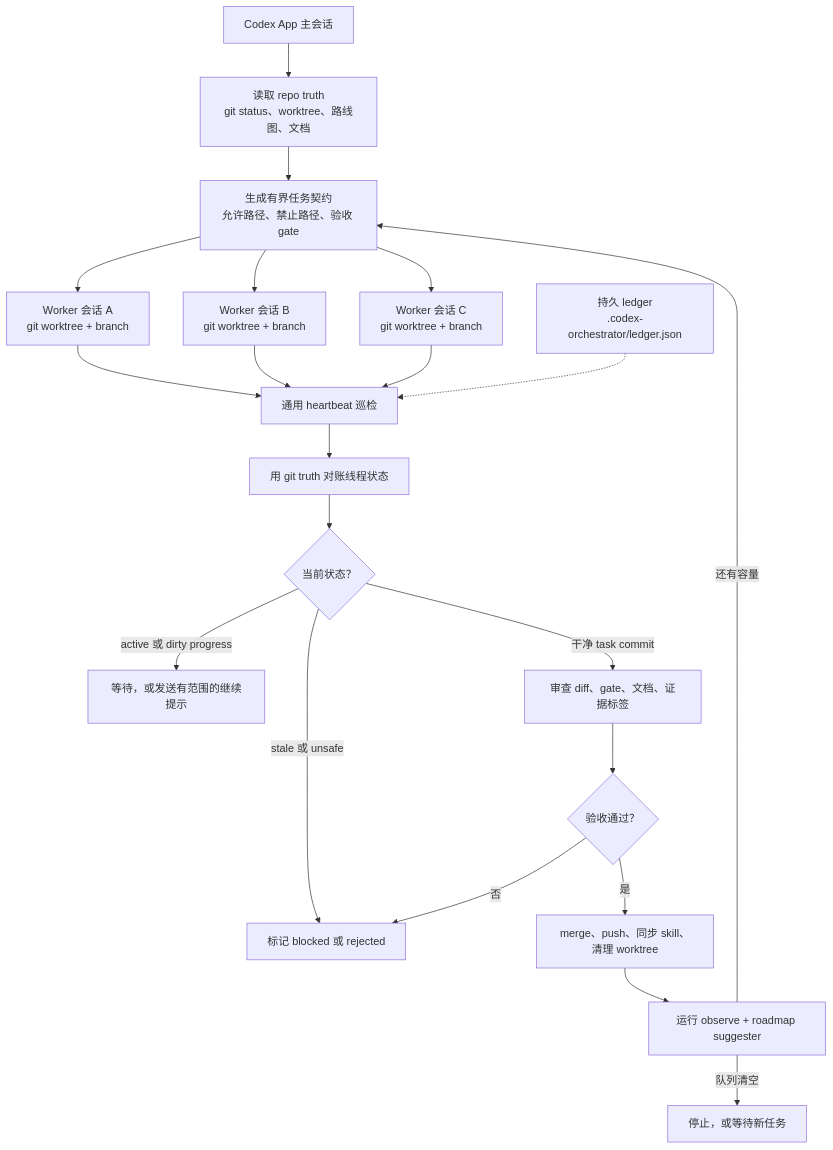
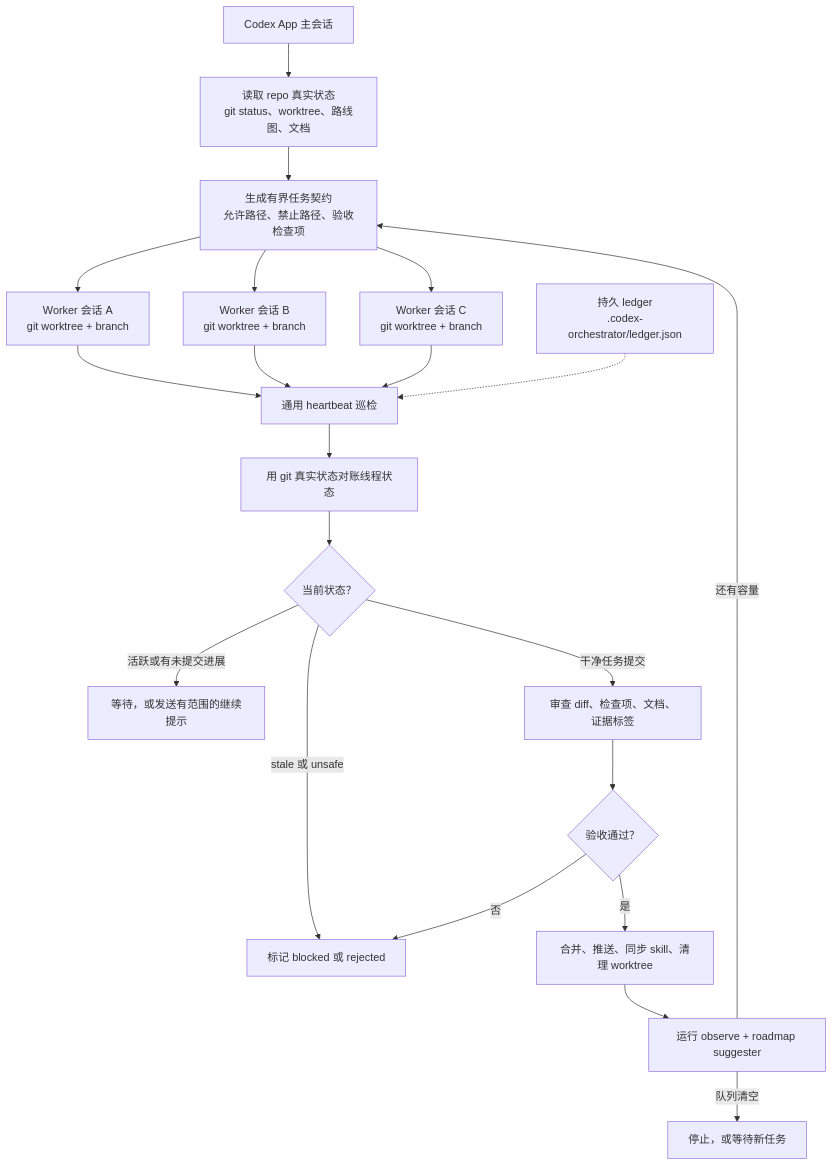
The diagram in docs/full-guide.zh-CN.md (indiekitai/codex-orchestrator), drawn with Mermaid before and after one commit. The commit also changed other lines of this file and 1 other file, not shown here.

````diff
--- a/docs/full-guide.zh-CN.md
+++ b/docs/full-guide.zh-CN.md
@@ -151,24 +151,24 @@
 ```mermaid
 flowchart TD
-    app["Codex App 主会话"] --> read["读取 repo truth<br/>git status、worktree、路线图、文档"]
-    read --> plan["生成有界任务契约<br/>允许路径、禁止路径、验收 gate"]
+    app["Codex App 主会话"] --> read["读取 repo 真实状态<br/>git status、worktree、路线图、文档"]
+    read --> plan["生成有界任务契约<br/>允许路径、禁止路径、验收检查项"]
     plan --> workerA["Worker 会话 A<br/>git worktree + branch"]
     plan --> workerB["Worker 会话 B<br/>git worktree + branch"]
     plan --> workerC["Worker 会话 C<br/>git worktree + branch"]
 
     workerA --> heartbeat["通用 heartbeat 巡检"]
     workerB --> heartbeat
     workerC --> heartbeat
     ledger["持久 ledger<br/>.codex-orchestrator/ledger.json"] -.-> heartbeat
-    heartbeat --> inspect["用 git truth 对账线程状态"]
+    heartbeat --> inspect["用 git 真实状态对账线程状态"]
     inspect --> active{"当前状态？"}
-    active -->|"active 或 dirty progress"| wait["等待，或发送有范围的继续提示"]
-    active -->|"干净 task commit"| review["审查 diff、gate、文档、证据标签"]
+    active -->|"活跃或有未提交进展"| wait["等待，或发送有范围的继续提示"]
+    active -->|"干净任务提交"| review["审查 diff、检查项、文档、证据标签"]
     active -->|"stale 或 unsafe"| block["标记 blocked 或 rejected"]
     review --> accepted{"验收通过？"}
-    accepted -->|"是"| merge["merge、push、同步 skill、清理 worktree"]
+    accepted -->|"是"| merge["合并、推送、同步 skill、清理 worktree"]
     accepted -->|"否"| block
     merge --> next["运行 observe + roadmap suggester"]
     next -->|"还有容量"| plan
     next -->|"队列清空"| done["停止，或等待新任务"]
 ```
````
